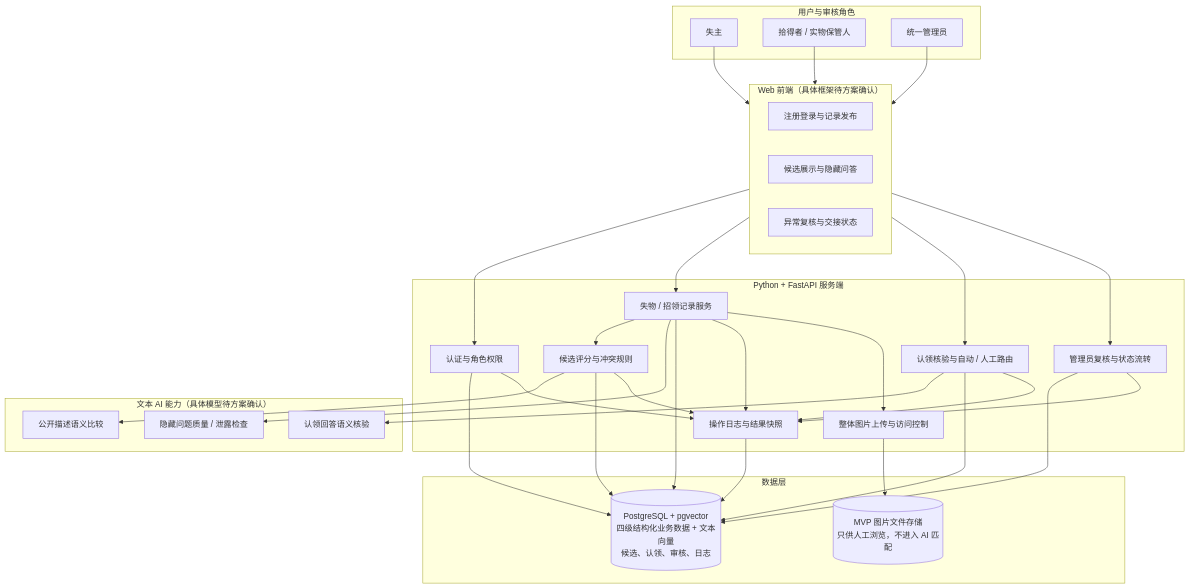
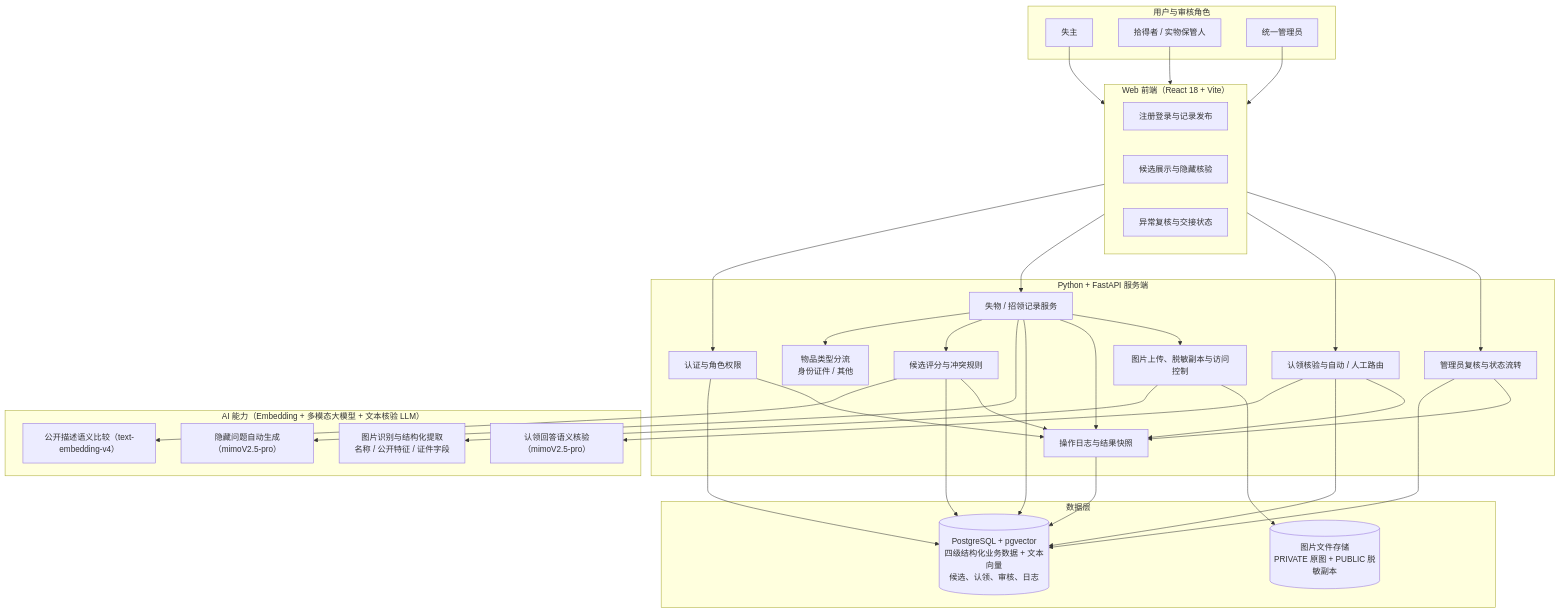
The first of 5 diagrams in prd.md (xushengyu1/day56-submission), drawn with Mermaid before and after one commit. The commit also changed other lines of this file and 25 other files, not shown here.

````diff
--- a/prd.md
+++ b/prd.md
@@ -51,60 +51,64 @@
 ```mermaid
 flowchart TB
     subgraph Actors["用户与审核角色"]
         O["失主"]
         F["拾得者 / 实物保管人"]
         A["统一管理员"]
     end
 
-    subgraph Client["Web 前端（具体框架待方案确认）"]
+    subgraph Client["Web 前端（React 18 + Vite）"]
         UI1["注册登录与记录发布"]
-        UI2["候选展示与隐藏问答"]
+        UI2["候选展示与隐藏核验"]
         UI3["异常复核与交接状态"]
     end
 
     subgraph Backend["Python + FastAPI 服务端"]
         AUTH["认证与角色权限"]
         ITEM["失物 / 招领记录服务"]
         MATCH["候选评分与冲突规则"]
         CLAIM["认领核验与自动 / 人工路由"]
         REVIEW["管理员复核与状态流转"]
         AUDIT["操作日志与结果快照"]
-        FILE["整体图片上传与访问控制"]
+        FILE["图片上传、脱敏副本与访问控制"]
+        TYPE["物品类型分流<br/>身份证件 / 其他"]
     end
 
-    subgraph AI["文本 AI 能力（具体模型待方案确认）"]
-        SEM["公开描述语义比较"]
-        GUIDE["隐藏问题质量 / 泄露检查"]
-        VERIFY["认领回答语义核验"]
+    subgraph AI["AI 能力（Embedding + 多模态大模型 + 文本核验 LLM）"]
+        SEM["公开描述语义比较（text-embedding-v4）"]
+        VISION["图片识别与结构化提取<br/>名称 / 公开特征 / 证件字段"]
+        GUIDE["隐藏问题自动生成（mimoV2.5-pro）"]
+        VERIFY["认领回答语义核验（mimoV2.5-pro）"]
     end
 
     subgraph Data["数据层"]
         DB[("PostgreSQL + pgvector<br/>四级结构化业务数据 + 文本向量<br/>候选、认领、审核、日志")]
-        IMG[("MVP 图片文件存储<br/>只供人工浏览，不进入 AI 匹配")]
+        IMG[("图片文件存储<br/>PRIVATE 原图 + PUBLIC 脱敏副本")]
     end
 
     O --> Client
     F --> Client
     A --> Client
     Client --> AUTH
     Client --> ITEM
+    ITEM --> TYPE
     Client --> CLAIM
     Client --> REVIEW
     ITEM --> MATCH
+    FILE --> VISION
     MATCH --> SEM
     ITEM --> GUIDE
     CLAIM --> VERIFY
     AUTH --> DB
     ITEM --> DB
     MATCH --> DB
     CLAIM --> DB
     REVIEW --> DB
     AUDIT --> DB
     AUTH --> AUDIT
     ITEM --> AUDIT
     MATCH --> AUDIT
     CLAIM --> AUDIT
     REVIEW --> AUDIT
     FILE --> IMG
     ITEM --> FILE
 ```
````
